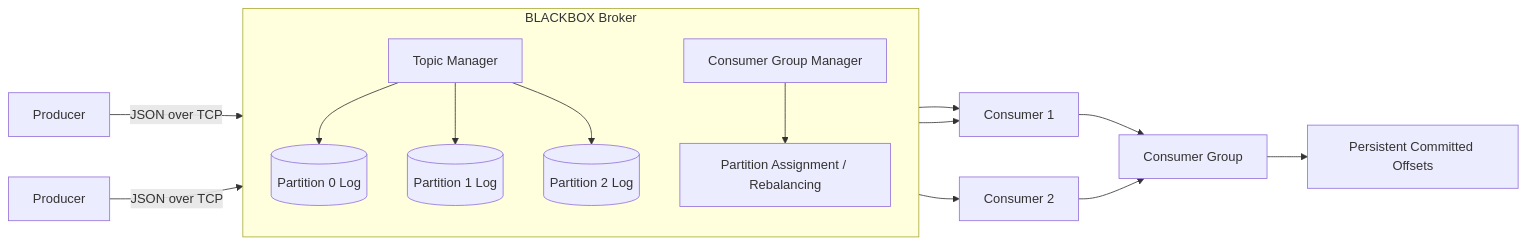
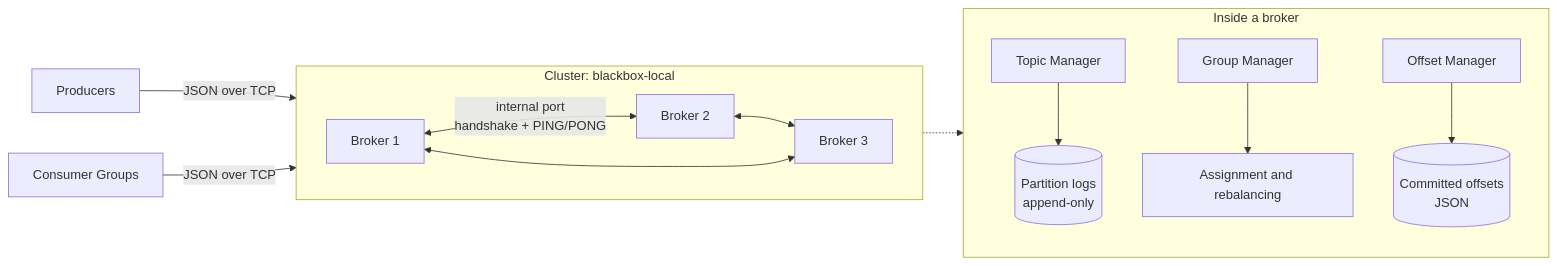
Before and after one commit to swamil-5504/swamil-5504: the diagram in README.md, drawn with Mermaid. The commit also changed other lines of this file, not shown here.

````diff
--- a/README.md
+++ b/README.md
@@ -37,23 +51,21 @@
 ```mermaid
 flowchart LR
-    P1[Producer] -->|JSON over TCP| B
-    P2[Producer] -->|JSON over TCP| B
+    P[Producers] -->|JSON over TCP| B1
+    CG[Consumer Groups] -->|JSON over TCP| B1
 
-    subgraph B[BLACKBOX Broker]
-        direction TB
-        T[Topic Manager] --> L0[(Partition 0 Log)]
-        T --> L1[(Partition 1 Log)]
-        T --> L2[(Partition 2 Log)]
-
-        GM[Consumer Group Manager]
-        GM --> PA[Partition Assignment / Rebalancing]
+    subgraph Cluster["Cluster: blackbox-local"]
+        direction LR
+        B1[Broker 1] <-->|"internal port<br/>handshake + PING/PONG"| B2[Broker 2]
+        B2 <--> B3[Broker 3]
+        B1 <--> B3
     end
 
-    L0 --> C1[Consumer 1]
-    L1 --> C2[Consumer 2]
-    L2 --> C1
+    subgraph Broker["Inside a broker"]
+        direction TB
+        TM[Topic Manager] --> L[("Partition logs<br/>append-only")]
+        GM[Group Manager] --> PA[Assignment and rebalancing]
+        OM[Offset Manager] --> O[("Committed offsets<br/>JSON")]
+    end
 
-    C1 --> CG[Consumer Group]
-    C2 --> CG
-    CG --> O[Persistent Committed Offsets]
+    B1 -.-> Broker
 ```
````
